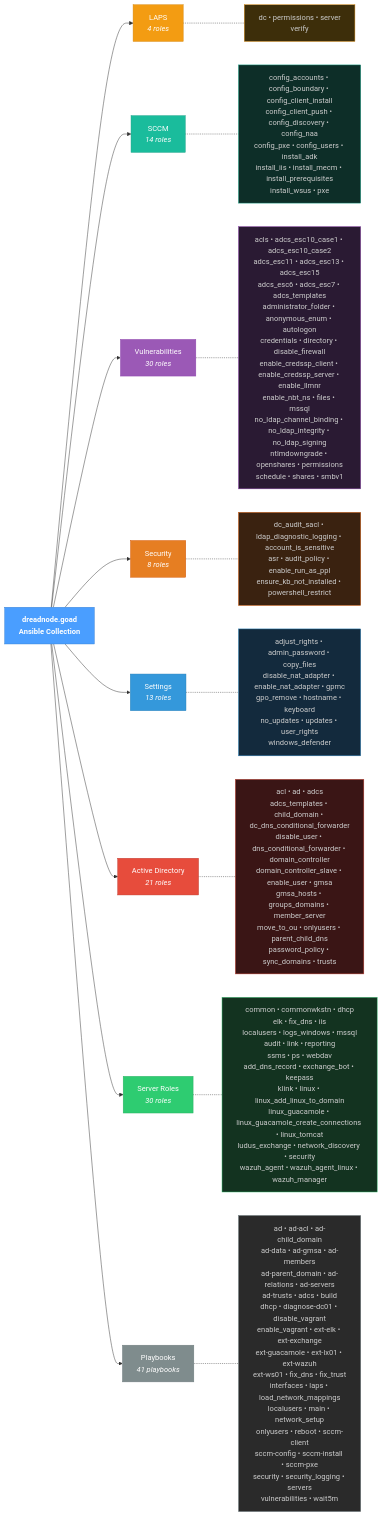
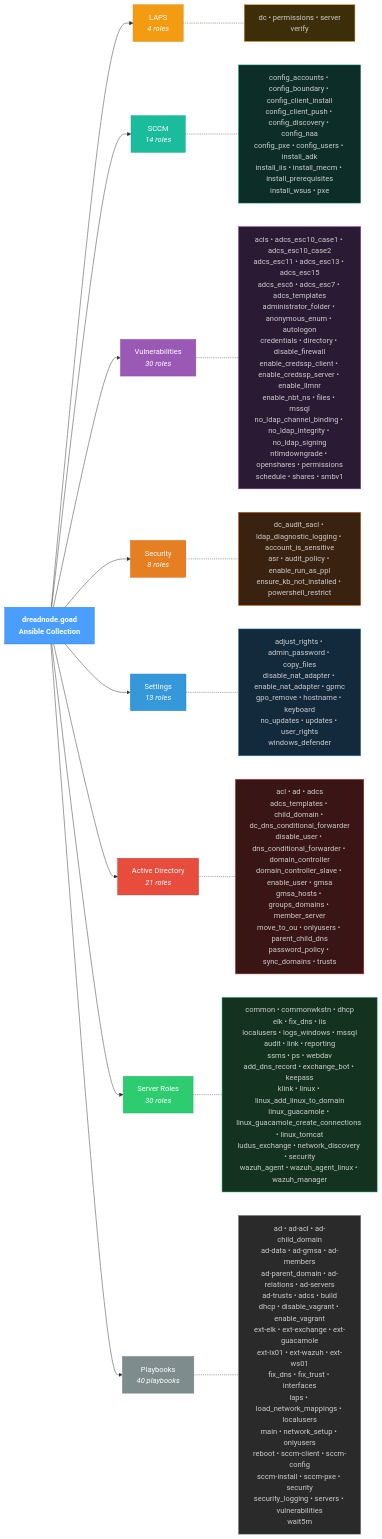
The diagram in docs/architecture.mmd (dreadnode/DreadGOAD), drawn with Mermaid before and after one commit. The commit also changed 6 other files, not shown here.

```diff
--- a/docs/architecture.mmd
+++ b/docs/architecture.mmd
@@ -1,39 +1,39 @@
 graph LR
     Collection["dreadnode.goad<br/>Ansible Collection"]
 
     Collection --> LAPS["LAPS<br/><i>4 roles</i>"]
     Collection --> SCCM["SCCM<br/><i>14 roles</i>"]
     Collection --> Vulnerabilities["Vulnerabilities<br/><i>30 roles</i>"]
     Collection --> Security["Security<br/><i>8 roles</i>"]
     Collection --> Settings["Settings<br/><i>13 roles</i>"]
     Collection --> ActiveDirectory["Active Directory<br/><i>21 roles</i>"]
     Collection --> ServerRoles["Server Roles<br/><i>30 roles</i>"]
 
     LAPS -.- LAPS_detail["dc &bull; permissions &bull; server<br/>verify"]
     SCCM -.- SCCM_detail["config_accounts &bull; config_boundary &bull; config_client_install<br/>config_client_push &bull; config_discovery &bull; config_naa<br/>config_pxe &bull; config_users &bull; install_adk<br/>install_iis &bull; install_mecm &bull; install_prerequisites<br/>install_wsus &bull; pxe"]
     Vulnerabilities -.- Vulnerabilities_detail["acls &bull; adcs_esc10_case1 &bull; adcs_esc10_case2<br/>adcs_esc11 &bull; adcs_esc13 &bull; adcs_esc15<br/>adcs_esc6 &bull; adcs_esc7 &bull; adcs_templates<br/>administrator_folder &bull; anonymous_enum &bull; autologon<br/>credentials &bull; directory &bull; disable_firewall<br/>enable_credssp_client &bull; enable_credssp_server &bull; enable_llmnr<br/>enable_nbt_ns &bull; files &bull; mssql<br/>no_ldap_channel_binding &bull; no_ldap_integrity &bull; no_ldap_signing<br/>ntlmdowngrade &bull; openshares &bull; permissions<br/>schedule &bull; shares &bull; smbv1"]
     Security -.- Security_detail["dc_audit_sacl &bull; ldap_diagnostic_logging &bull; account_is_sensitive<br/>asr &bull; audit_policy &bull; enable_run_as_ppl<br/>ensure_kb_not_installed &bull; powershell_restrict"]
     Settings -.- Settings_detail["adjust_rights &bull; admin_password &bull; copy_files<br/>disable_nat_adapter &bull; enable_nat_adapter &bull; gpmc<br/>gpo_remove &bull; hostname &bull; keyboard<br/>no_updates &bull; updates &bull; user_rights<br/>windows_defender"]
     ActiveDirectory -.- ActiveDirectory_detail["acl &bull; ad &bull; adcs<br/>adcs_templates &bull; child_domain &bull; dc_dns_conditional_forwarder<br/>disable_user &bull; dns_conditional_forwarder &bull; domain_controller<br/>domain_controller_slave &bull; enable_user &bull; gmsa<br/>gmsa_hosts &bull; groups_domains &bull; member_server<br/>move_to_ou &bull; onlyusers &bull; parent_child_dns<br/>password_policy &bull; sync_domains &bull; trusts"]
     ServerRoles -.- ServerRoles_detail["common &bull; commonwkstn &bull; dhcp<br/>elk &bull; fix_dns &bull; iis<br/>localusers &bull; logs_windows &bull; mssql<br/>audit &bull; link &bull; reporting<br/>ssms &bull; ps &bull; webdav<br/>add_dns_record &bull; exchange_bot &bull; keepass<br/>klink &bull; linux &bull; linux_add_linux_to_domain<br/>linux_guacamole &bull; linux_guacamole_create_connections &bull; linux_tomcat<br/>ludus_exchange &bull; network_discovery &bull; security<br/>wazuh_agent &bull; wazuh_agent_linux &bull; wazuh_manager"]
 
-    Collection --> Playbooks["Playbooks<br/><i>41 playbooks</i>"]
-    Playbooks -.- Playbooks_detail["ad &bull; ad-acl &bull; ad-child_domain<br/>ad-data &bull; ad-gmsa &bull; ad-members<br/>ad-parent_domain &bull; ad-relations &bull; ad-servers<br/>ad-trusts &bull; adcs &bull; build<br/>dhcp &bull; diagnose-dc01 &bull; disable_vagrant<br/>enable_vagrant &bull; ext-elk &bull; ext-exchange<br/>ext-guacamole &bull; ext-lx01 &bull; ext-wazuh<br/>ext-ws01 &bull; fix_dns &bull; fix_trust<br/>interfaces &bull; laps &bull; load_network_mappings<br/>localusers &bull; main &bull; network_setup<br/>onlyusers &bull; reboot &bull; sccm-client<br/>sccm-config &bull; sccm-install &bull; sccm-pxe<br/>security &bull; security_logging &bull; servers<br/>vulnerabilities &bull; wait5m"]
+    Collection --> Playbooks["Playbooks<br/><i>40 playbooks</i>"]
+    Playbooks -.- Playbooks_detail["ad &bull; ad-acl &bull; ad-child_domain<br/>ad-data &bull; ad-gmsa &bull; ad-members<br/>ad-parent_domain &bull; ad-relations &bull; ad-servers<br/>ad-trusts &bull; adcs &bull; build<br/>dhcp &bull; disable_vagrant &bull; enable_vagrant<br/>ext-elk &bull; ext-exchange &bull; ext-guacamole<br/>ext-lx01 &bull; ext-wazuh &bull; ext-ws01<br/>fix_dns &bull; fix_trust &bull; interfaces<br/>laps &bull; load_network_mappings &bull; localusers<br/>main &bull; network_setup &bull; onlyusers<br/>reboot &bull; sccm-client &bull; sccm-config<br/>sccm-install &bull; sccm-pxe &bull; security<br/>security_logging &bull; servers &bull; vulnerabilities<br/>wait5m"]
 
     style Collection fill:#4a9eff,stroke:#2d7cd4,color:#fff,font-weight:bold
     style Playbooks fill:#7f8c8d,stroke:#6c7a7d,color:#fff
     style Playbooks_detail fill:#2a2a2a,stroke:#6c7a7d,color:#ccc
     style LAPS fill:#f39c12,stroke:#d68910,color:#fff
     style LAPS_detail fill:#3d2e0a,stroke:#d68910,color:#ccc
     style SCCM fill:#1abc9c,stroke:#16a085,color:#fff
     style SCCM_detail fill:#0d2e28,stroke:#16a085,color:#ccc
     style Vulnerabilities fill:#9b59b6,stroke:#8e44ad,color:#fff
     style Vulnerabilities_detail fill:#2a1a33,stroke:#8e44ad,color:#ccc
     style Security fill:#e67e22,stroke:#d35400,color:#fff
     style Security_detail fill:#3a2210,stroke:#d35400,color:#ccc
     style Settings fill:#3498db,stroke:#2980b9,color:#fff
     style Settings_detail fill:#132a3d,stroke:#2980b9,color:#ccc
     style ActiveDirectory fill:#e74c3c,stroke:#c0392b,color:#fff
     style ActiveDirectory_detail fill:#3a1515,stroke:#c0392b,color:#ccc
     style ServerRoles fill:#2ecc71,stroke:#27ae60,color:#fff
     style ServerRoles_detail fill:#133320,stroke:#27ae60,color:#ccc
```
